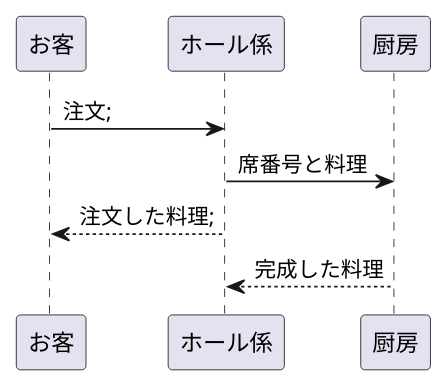
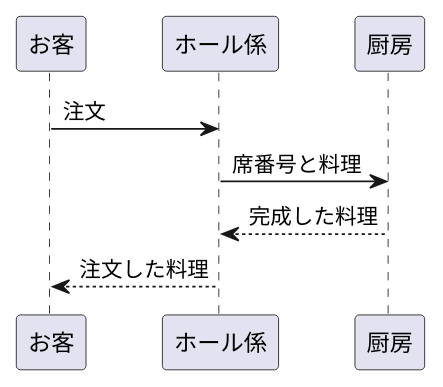
One commit to Aso2001170/2021sys-design changed the diagram in kadai2.md. Above: the diagram before and after it, drawn with PlantUML.

````diff
--- a/kadai2.md
+++ b/kadai2.md
@@ -1,9 +1,9 @@
 ```uml
 @startuml
-お客 -> ホール係:注文;
+お客 -> ホール係:注文
 ホール係 -> 厨房:席番号と料理
 
-お客 <-- ホール係:注文した料理;
 ホール係 <--厨房:完成した料理
+お客 <-- ホール係:注文した料理
 @enduml
 ```
````
